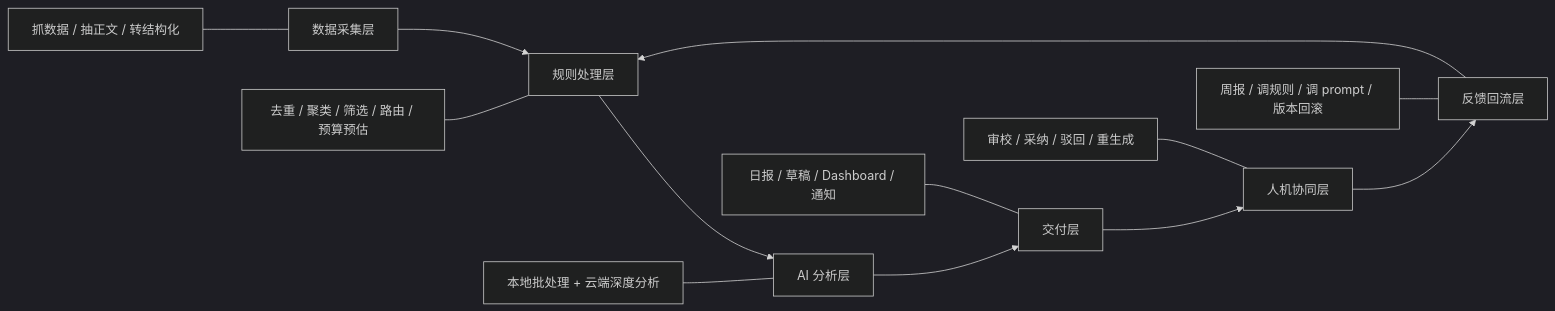
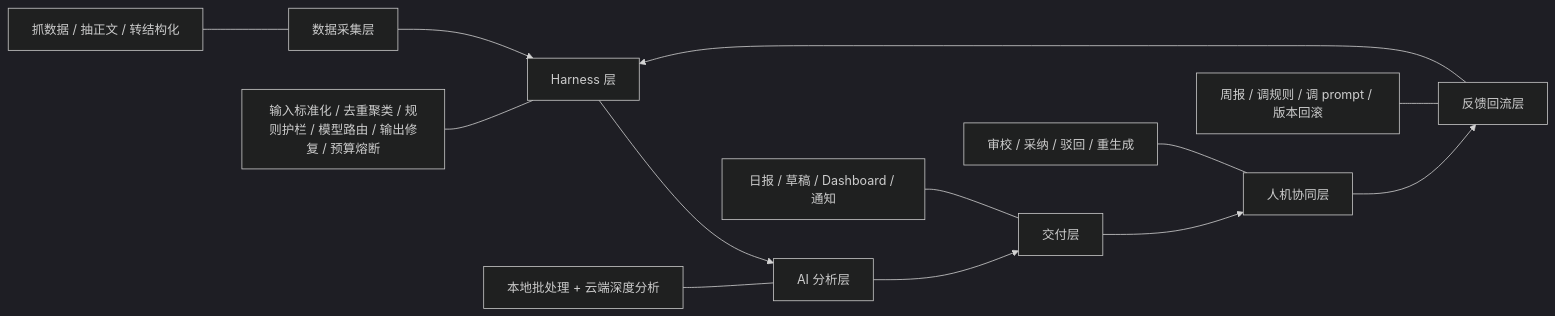
The second of 9 diagrams in docs/superpowers/plans/2026-03-30-finance-media-research-automation-diagrams.md (leeliu2580-ui/YMOS), drawn with Mermaid (dark theme) before and after one commit. The commit also changed other lines of this file and 1 other file, not shown here.

Commit message:
统一总方案与架构图的 Harness 概念

````diff
--- a/docs/superpowers/plans/2026-03-30-finance-media-research-automation-diagrams.md
+++ b/docs/superpowers/plans/2026-03-30-finance-media-research-automation-diagrams.md
@@ -99,16 +108,16 @@
 ```mermaid
 flowchart LR
-    A[数据采集层] --> B[规则处理层]
+    A[数据采集层] --> B[Harness 层]
     B --> C[AI 分析层]
     C --> D[交付层]
     D --> E[人机协同层]
     E --> F[反馈回流层]
     F --> B
 
     A1[抓数据 / 抽正文 / 转结构化] --- A
-    B1[去重 / 聚类 / 筛选 / 路由 / 预算预估] --- B
+    B1[输入标准化 / 去重聚类 / 规则护栏 / 模型路由 / 输出修复 / 预算熔断] --- B
     C1[本地批处理 + 云端深度分析] --- C
     D1[日报 / 草稿 / Dashboard / 通知] --- D
     E1[审校 / 采纳 / 驳回 / 重生成] --- E
     F1[周报 / 调规则 / 调 prompt / 版本回滚] --- F
 ```
````
